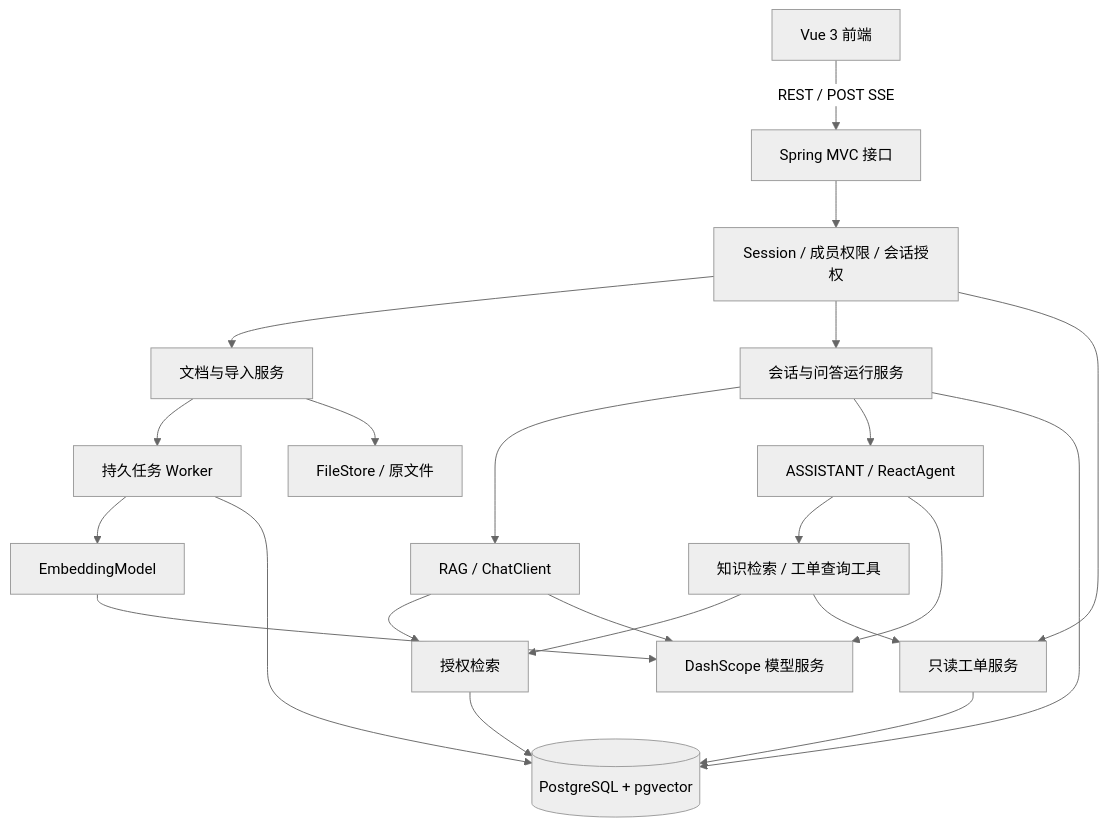
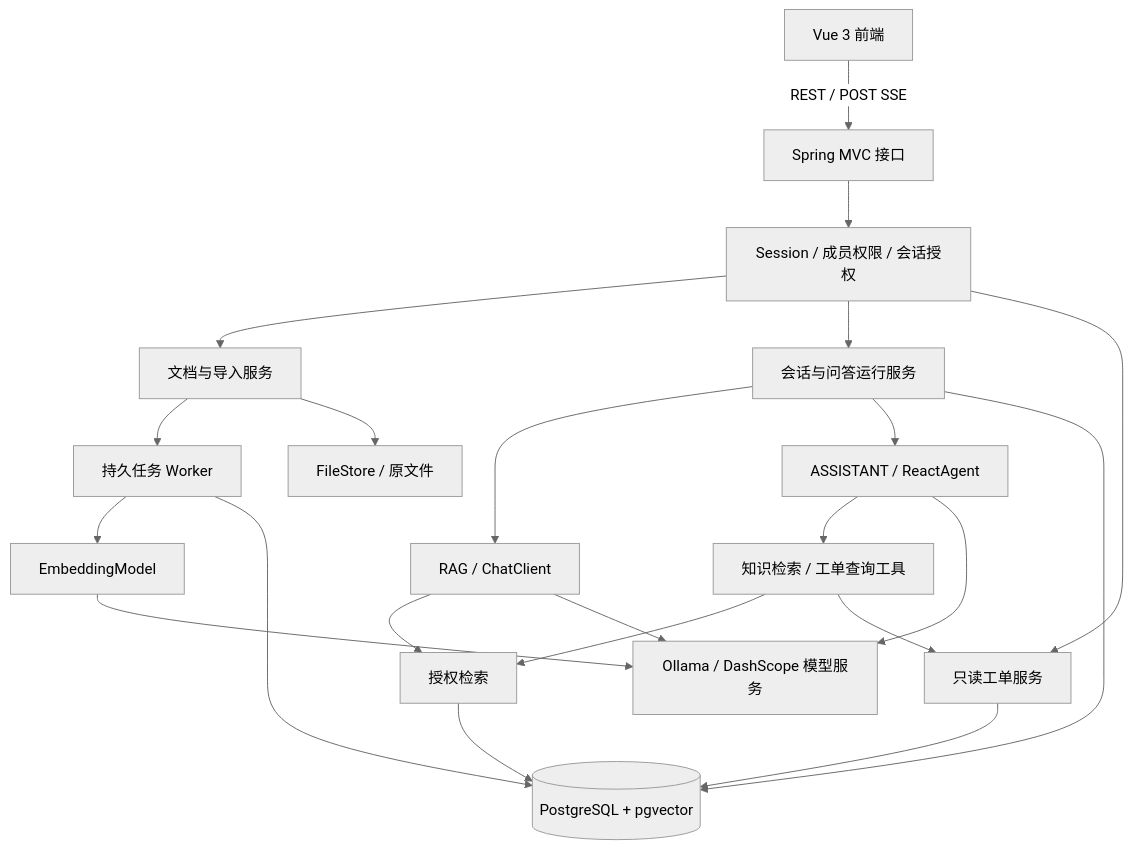
One commit to linhaha-ai/support-ai changed the diagram in README.md. Above: the diagram before and after it, drawn with Mermaid (neutral theme). The commit also changed other lines of this file and 40 other files, not shown here.

First line of the commit message:
feat: 建立 F01 工程基础并支持 Ollama 与 DashScope

````diff
--- a/README.md
+++ b/README.md
@@ -79,27 +79,27 @@
 ```mermaid
 flowchart TD
     WEB["Vue 3 前端"] -->|"REST / POST SSE"| API["Spring MVC 接口"]
     API --> AUTH["Session / 成员权限 / 会话授权"]
     AUTH --> DOC["文档与导入服务"]
     AUTH --> RUN["会话与问答运行服务"]
     AUTH --> TICKET["只读工单服务"]
 
     DOC --> WORKER["持久任务 Worker"]
     DOC --> FILES["FileStore / 原文件"]
     WORKER --> EMB["EmbeddingModel"]
     WORKER --> PG[("PostgreSQL + pgvector")]
 
     RUN --> RAG["RAG / ChatClient"]
     RUN --> AGENT["ASSISTANT / ReactAgent"]
     RAG --> RETRIEVAL["授权检索"]
     AGENT --> TOOLS["知识检索 / 工单查询工具"]
     TOOLS --> RETRIEVAL
     TOOLS --> TICKET
     RETRIEVAL --> PG
     TICKET --> PG
     RUN --> PG
 
-    EMB --> MODEL["DashScope 模型服务"]
+    EMB --> MODEL["Ollama / DashScope 模型服务"]
     RAG --> MODEL
     AGENT --> MODEL
 ```
````
